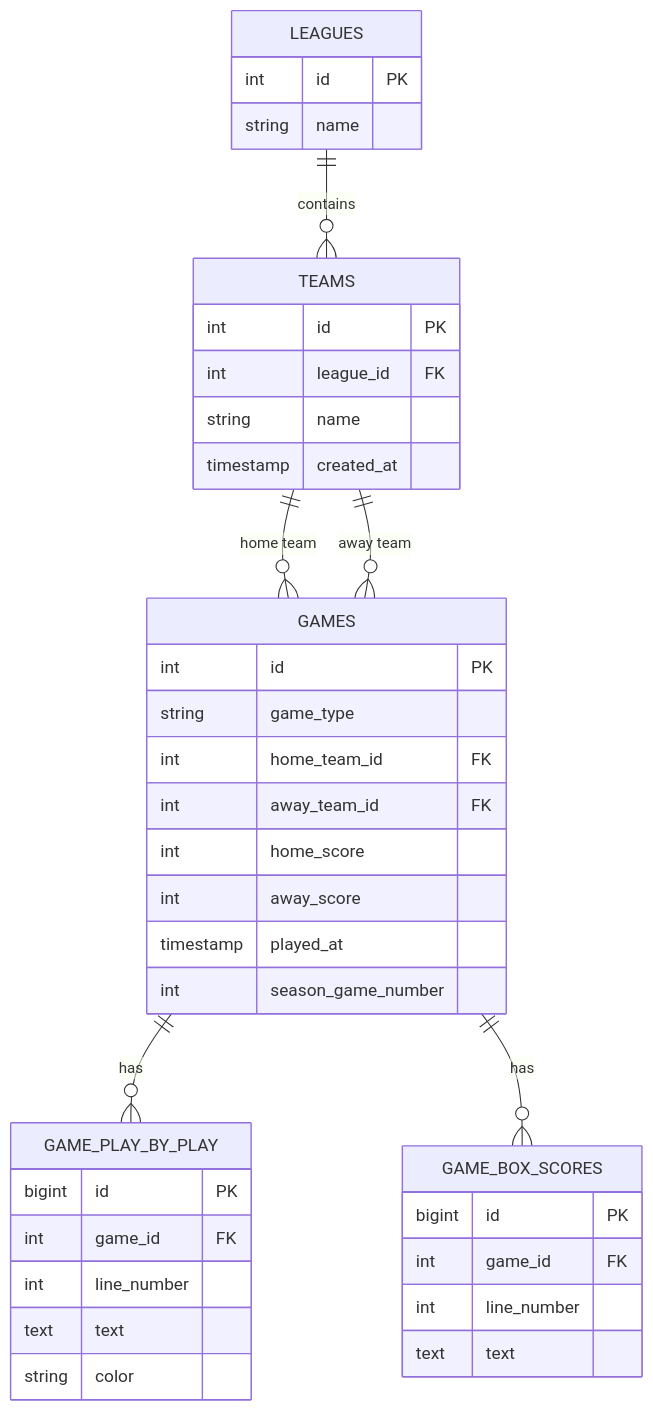
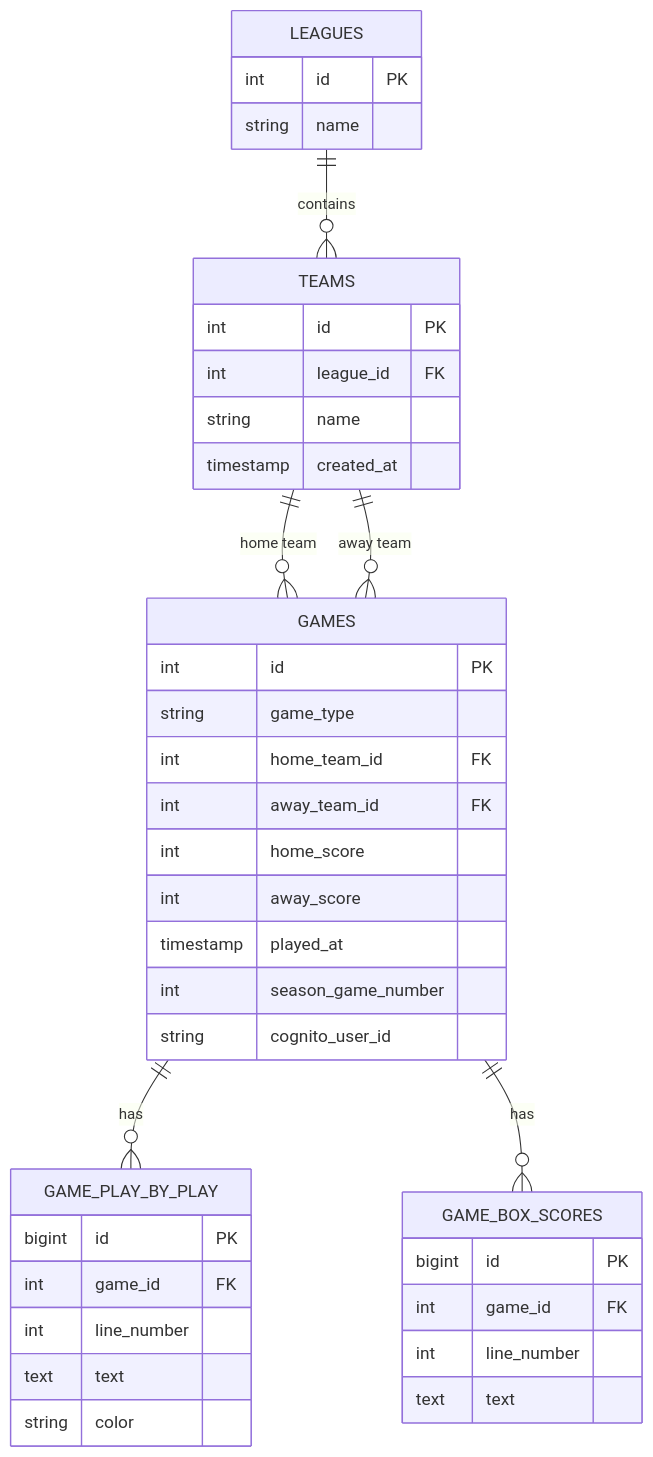
The diagram in docs/database_schema.md (metantonio/react-test-ts-nb), drawn with Mermaid before and after one commit. The commit also changed other lines of this file and 1 other file, not shown here.

````diff
--- a/docs/database_schema.md
+++ b/docs/database_schema.md
@@ -16,46 +16,47 @@
 ```mermaid
 erDiagram
     LEAGUES ||--o{ TEAMS : contains
     TEAMS ||--o{ GAMES : "home team"
     TEAMS ||--o{ GAMES : "away team"
     GAMES ||--o{ GAME_PLAY_BY_PLAY : has
     GAMES ||--o{ GAME_BOX_SCORES : has
 
     LEAGUES {
         int id PK
         string name
     }
 
     TEAMS {
         int id PK
         int league_id FK
         string name
         timestamp created_at
     }
 
     GAMES {
         int id PK
         string game_type
         int home_team_id FK
         int away_team_id FK
         int home_score
         int away_score
         timestamp played_at
         int season_game_number
+        string cognito_user_id
     }
 
     GAME_PLAY_BY_PLAY {
         bigint id PK
         int game_id FK
         int line_number
         text text
         string color
     }
 
     GAME_BOX_SCORES {
         bigint id PK
         int game_id FK
         int line_number
         text text
     }
 ```
````
